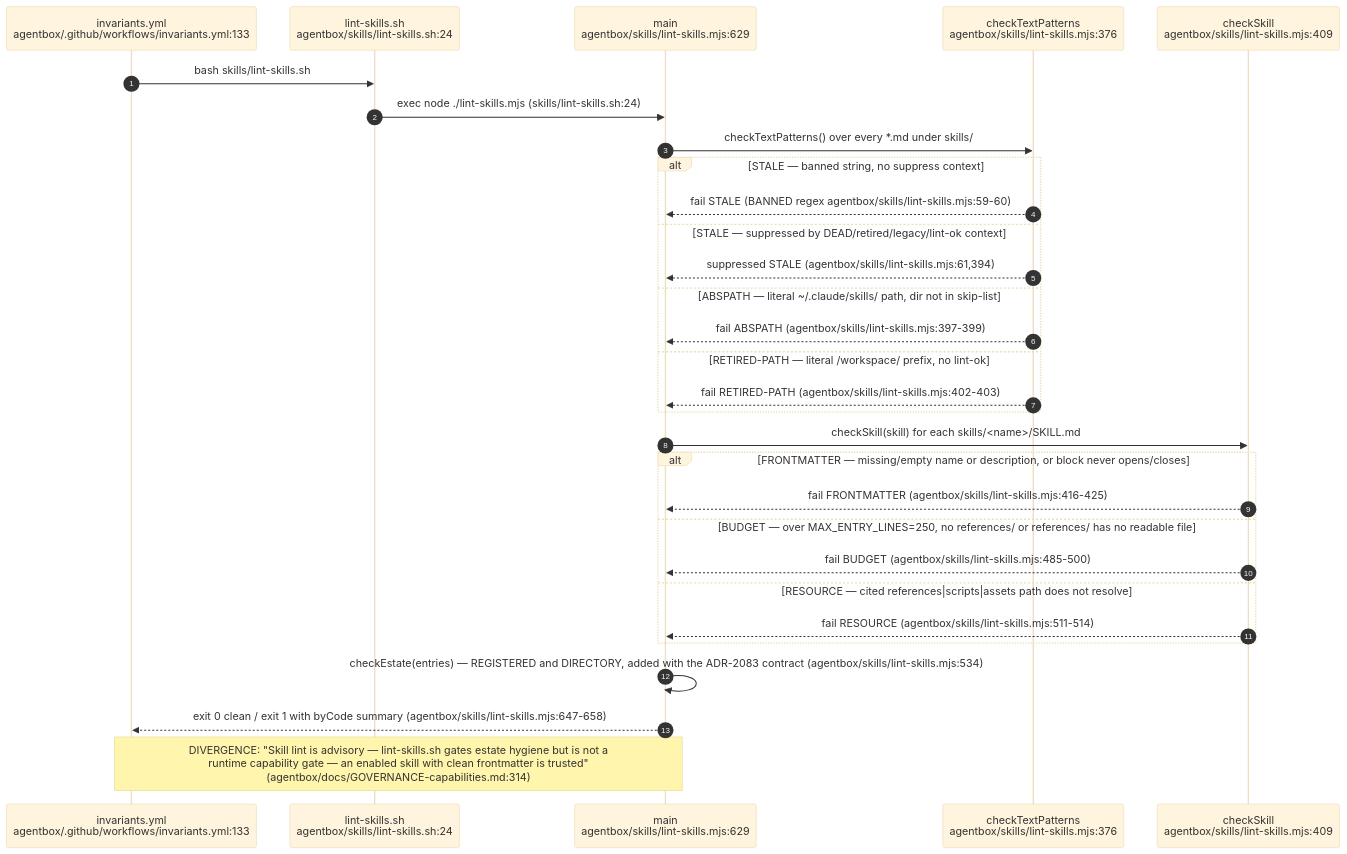
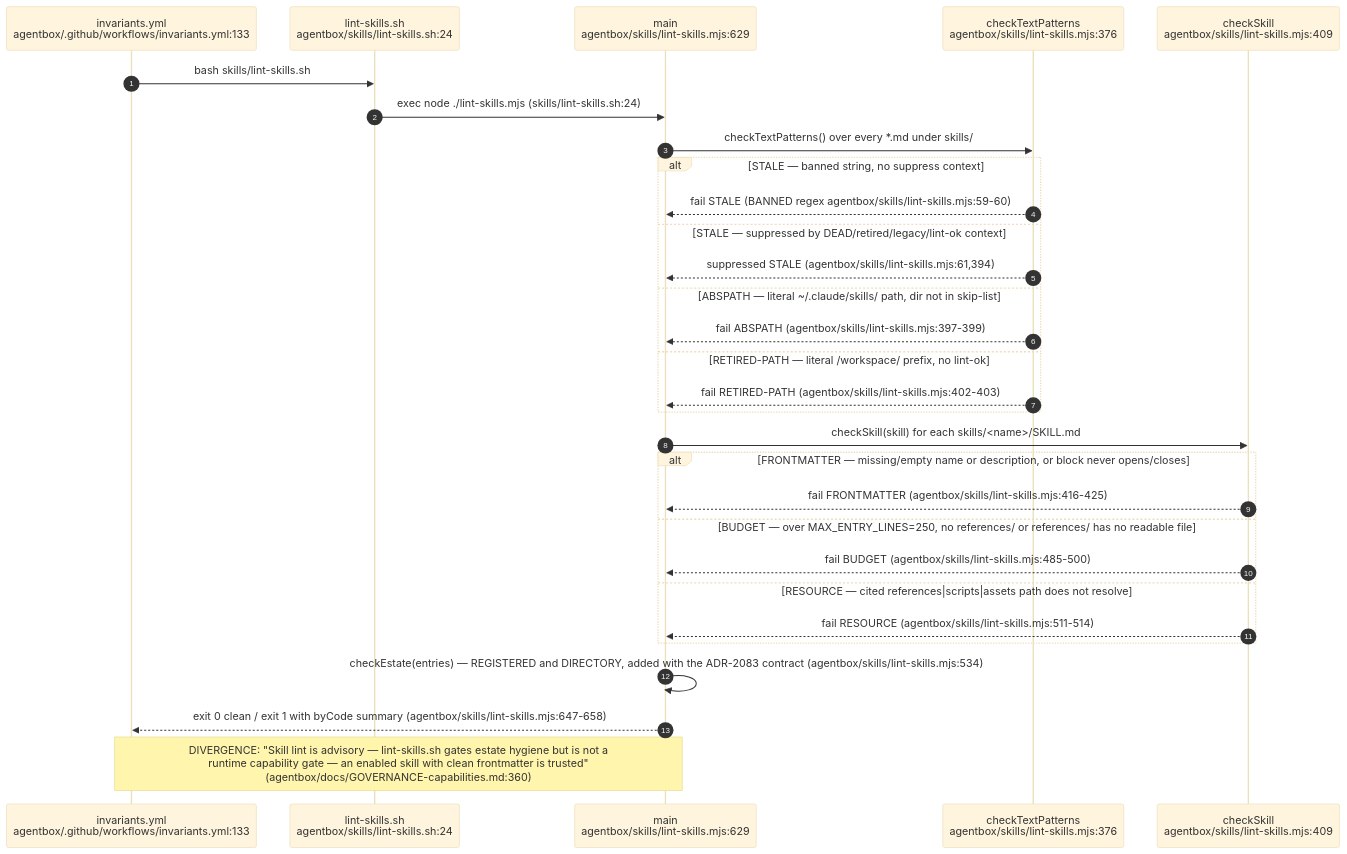
One commit to DreamLab-AI/VisionFlow changed the third of 12 diagrams in docs/diagrams/agentbox/22-skills-and-routing.md. Above: the diagram before and after it, drawn with Mermaid (base theme). The commit also changed other lines of this file and 80 other files, not shown here.

First line of the commit message:
docs(diagrams): re-verify the agentbox, dreamlab, estate and visionflow corpus against current sources

````diff
--- a/docs/diagrams/agentbox/22-skills-and-routing.md
+++ b/docs/diagrams/agentbox/22-skills-and-routing.md
@@ -148,33 +149,33 @@
 ```mermaid
 sequenceDiagram
     autonumber
     participant CI as invariants.yml<br/>agentbox/.github/workflows/invariants.yml:133
     participant SH as lint-skills.sh<br/>agentbox/skills/lint-skills.sh:24
     participant MJS as main<br/>agentbox/skills/lint-skills.mjs:629
     participant TXT as checkTextPatterns<br/>agentbox/skills/lint-skills.mjs:376
     participant SKC as checkSkill<br/>agentbox/skills/lint-skills.mjs:409
 
     CI->>SH: bash skills/lint-skills.sh
     SH->>MJS: exec node ./lint-skills.mjs (skills/lint-skills.sh:24)
     MJS->>TXT: checkTextPatterns() over every *.md under skills/
     alt STALE — banned string, no suppress context
         TXT-->>MJS: fail STALE (BANNED regex agentbox/skills/lint-skills.mjs:59-60)
     else STALE — suppressed by DEAD/retired/legacy/lint-ok context
         TXT-->>MJS: suppressed STALE (agentbox/skills/lint-skills.mjs:61,394)
     else ABSPATH — literal ~/.claude/skills/ path, dir not in skip-list
         TXT-->>MJS: fail ABSPATH (agentbox/skills/lint-skills.mjs:397-399)
     else RETIRED-PATH — literal /workspace/ prefix, no lint-ok
         TXT-->>MJS: fail RETIRED-PATH (agentbox/skills/lint-skills.mjs:402-403)
     end
     MJS->>SKC: checkSkill(skill) for each skills/<name>/SKILL.md
     alt FRONTMATTER — missing/empty name or description, or block never opens/closes
         SKC-->>MJS: fail FRONTMATTER (agentbox/skills/lint-skills.mjs:416-425)
     else BUDGET — over MAX_ENTRY_LINES=250, no references/ or references/ has no readable file
         SKC-->>MJS: fail BUDGET (agentbox/skills/lint-skills.mjs:485-500)
     else RESOURCE — cited references|scripts|assets path does not resolve
         SKC-->>MJS: fail RESOURCE (agentbox/skills/lint-skills.mjs:511-514)
     end
     MJS->>MJS: checkEstate(entries) — REGISTERED and DIRECTORY, added with the ADR-2083 contract (agentbox/skills/lint-skills.mjs:534)
     MJS-->>CI: exit 0 clean / exit 1 with byCode summary (agentbox/skills/lint-skills.mjs:647-658)
-    Note over MJS,CI: DIVERGENCE: "Skill lint is advisory — lint-skills.sh gates estate hygiene but is not a<br/>runtime capability gate — an enabled skill with clean frontmatter is trusted"<br/>(agentbox/docs/GOVERNANCE-capabilities.md:314)
+    Note over MJS,CI: DIVERGENCE: "Skill lint is advisory — lint-skills.sh gates estate hygiene but is not a<br/>runtime capability gate — an enabled skill with clean frontmatter is trusted"<br/>(agentbox/docs/GOVERNANCE-capabilities.md:360)
 ```
````
